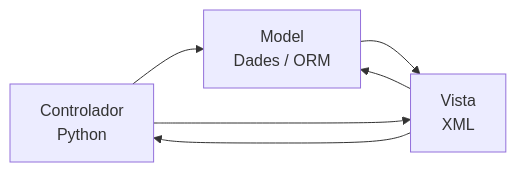
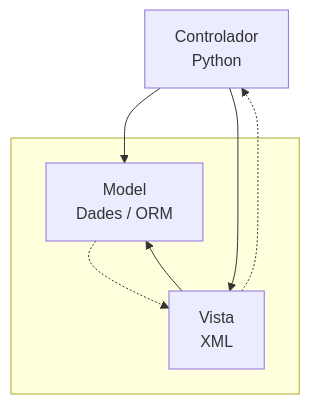
The fourth of 4 diagrams in docs/index.md (juatafe/2nDAM-SGE), drawn with Mermaid before and after one commit. The commit also changed other lines of this file and 2 other files, not shown here.

````diff
--- a/docs/index.md
+++ b/docs/index.md
@@ -140,13 +228,20 @@
 ```{mermaid}
-flowchart LR
+flowchart TB
+    Controller[Controlador]
+
+    subgraph row[" "]
+        Model[Model]
+        View[Vista]
+    end
+
     Controller --> Model
     Controller --> View
-    View --> Controller
-    Model --> View
+    View -.-> Controller
+    Model -.-> View
     View --> Model
 
     Model[Model<br/>Dades / ORM]
     View[Vista<br/>XML]
     Controller[Controlador<br/>Python]
 
 ```
````
